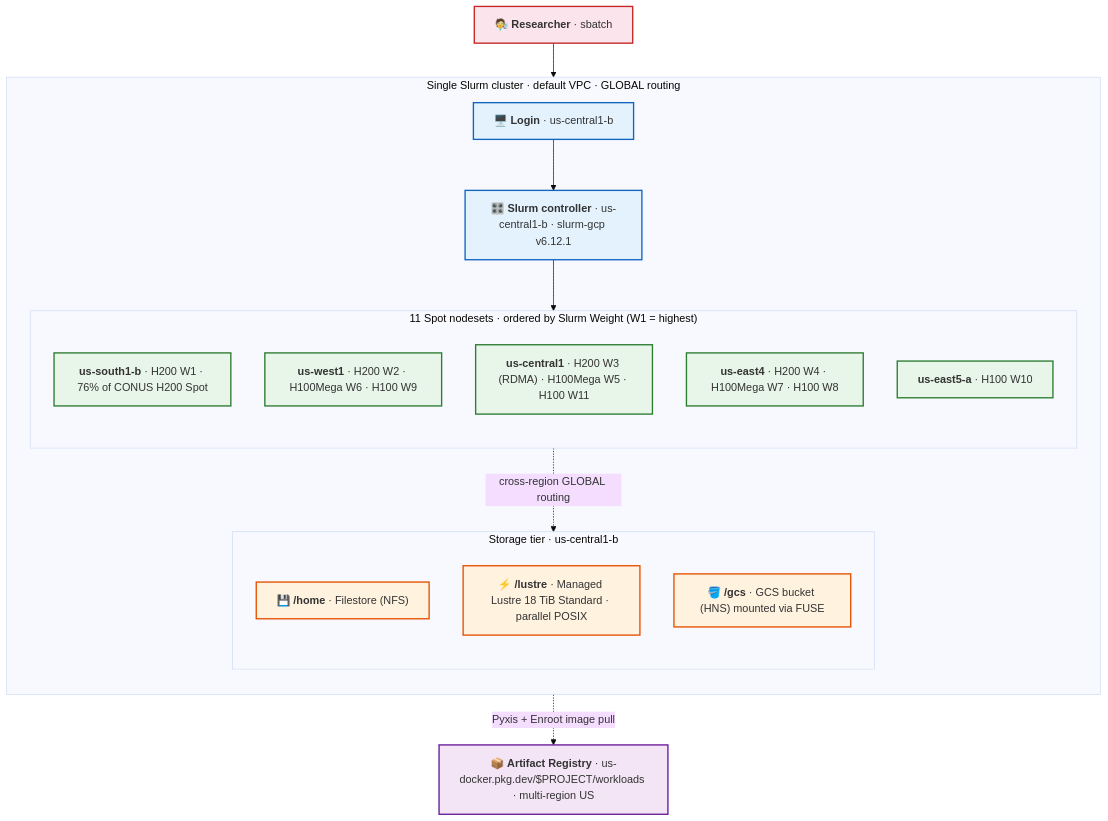
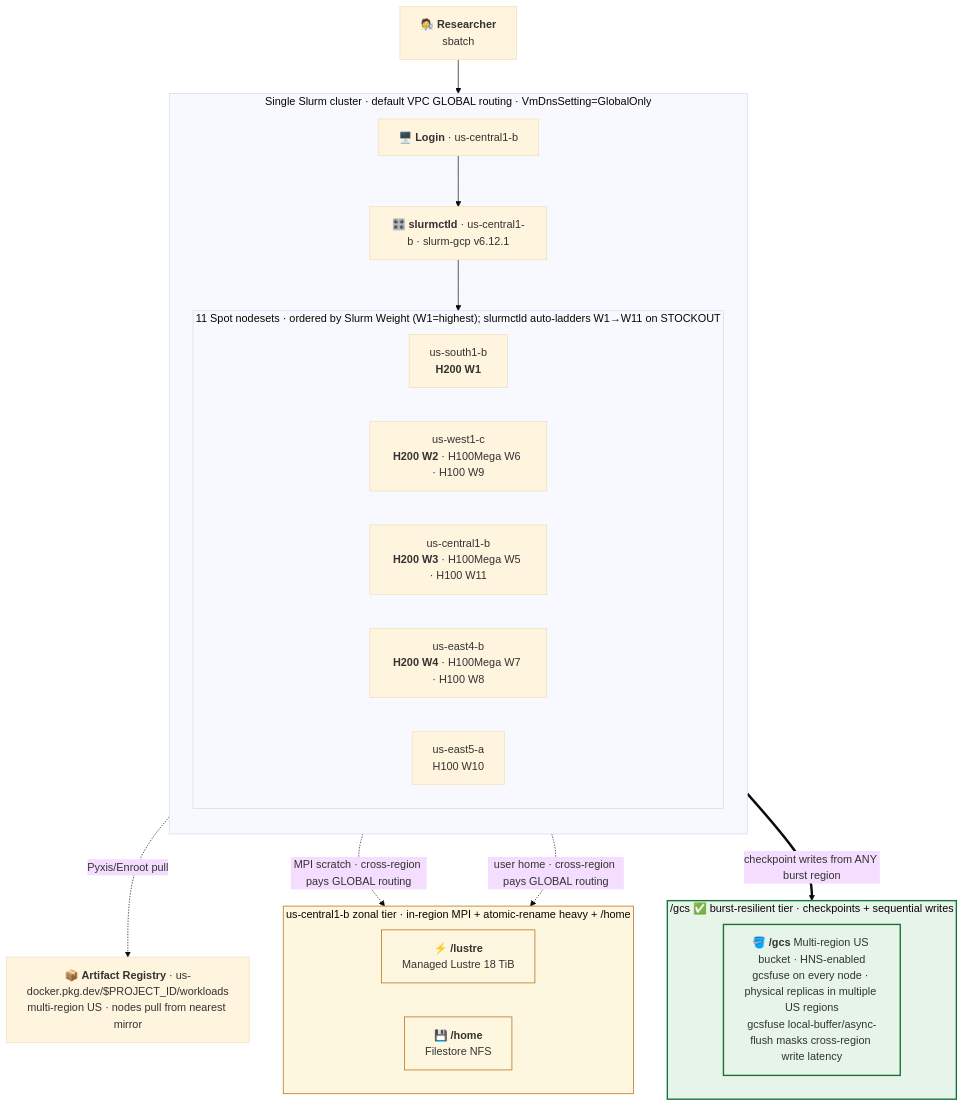
Before and after one commit to WandLZhang/slurm-multi-region-gpu-public: the diagram in README.md, drawn with Mermaid (base theme). The commit also changed other lines of this file and 23 other files, not shown here.

First line of the commit message:
Sync from upstream: parameterized project knob, nanoGPT+inference workloads, GCS vs Lustre benchmark, P0 fixes

````diff
--- a/README.md
+++ b/README.md
@@ -14,48 +21,44 @@
 ```mermaid
 flowchart TB
-    User["🧑‍🔬 <b>Researcher</b> · sbatch"]
+    User["🧑‍🔬 <b>Researcher</b><br/>sbatch"]
 
-    subgraph Cluster["Single Slurm cluster · default VPC · GLOBAL routing"]
-        direction TB
-        Login["🖥️ <b>Login</b> · us-central1-b"]
-        Ctrl["🎛️ <b>Slurm controller</b> · us-central1-b · slurm-gcp v6.12.1"]
+    subgraph Cluster["Single Slurm cluster · default VPC GLOBAL routing · VmDnsSetting=GlobalOnly"]
+      direction TB
+      Login["🖥️ <b>Login</b> · us-central1-b"]
+      Ctrl["🎛️ <b>slurmctld</b> · us-central1-b · slurm-gcp v6.12.1"]
 
-        subgraph Nodesets["11 Spot nodesets · ordered by Slurm Weight (W1 = highest)"]
-            direction TB
-            SN["<b>us-south1-b</b> · H200 W1 · 76% of CONUS H200 Spot"]
-            WN["<b>us-west1</b> · H200 W2 · H100Mega W6 · H100 W9"]
-            CN["<b>us-central1</b> · H200 W3 (RDMA) · H100Mega W5 · H100 W11"]
-            E4N["<b>us-east4</b> · H200 W4 · H100Mega W7 · H100 W8"]
-            E5N["<b>us-east5-a</b> · H100 W10"]
-        end
-
-        subgraph Storage["Storage tier · us-central1-b"]
-            direction TB
-            FS["💾 <b>/home</b> · Filestore (NFS)"]
-            Lustre["⚡ <b>/lustre</b> · Managed Lustre 18 TiB Standard · parallel POSIX"]
-            GCSm["🪣 <b>/gcs</b> · GCS bucket (HNS) mounted via FUSE"]
-        end
-
-        Login --> Ctrl
-        Ctrl --> Nodesets
-        Nodesets -.cross-region GLOBAL routing.-> Storage
+      subgraph Nodesets["11 Spot nodesets · ordered by Slurm Weight (W1=highest); slurmctld auto-ladders W1→W11 on STOCKOUT"]
+        direction LR
+        SN["us-south1-b<br/><b>H200 W1</b>"]
+        WN["us-west1-c<br/><b>H200 W2</b> · H100Mega W6 · H100 W9"]
+        CN["us-central1-b<br/><b>H200 W3</b> · H100Mega W5 · H100 W11"]
+        E4N["us-east4-b<br/><b>H200 W4</b> · H100Mega W7 · H100 W8"]
+        E5N["us-east5-a<br/>H100 W10"]
+      end
     end
 
-    GAR["📦 <b>Artifact Registry</b> · us-docker.pkg.dev/$PROJECT/workloads · multi-region US"]
+    subgraph BurstStorage["/gcs ✅ burst-resilient tier · checkpoints + sequential writes"]
+      direction LR
+      GCS["🪣 <b>/gcs</b> Multi-region US bucket · HNS-enabled<br/>gcsfuse on every node · physical replicas in multiple US regions<br/>gcsfuse local-buffer/async-flush masks cross-region write latency"]
+    end
 
-    User --> Login
-    Nodesets -.Pyxis + Enroot image pull.-> GAR
+    subgraph ZonalStorage["us-central1-b zonal tier · in-region MPI + atomic-rename heavy + /home"]
+      direction LR
+      Lustre["⚡ <b>/lustre</b><br/>Managed Lustre 18 TiB"]
+      Home["💾 <b>/home</b><br/>Filestore NFS"]
+    end
 
-    style User fill:#fce4ec,stroke:#c62828,stroke-width:2px
-    style Login fill:#e3f2fd,stroke:#1565c0,stroke-width:2px
-    style Ctrl fill:#e3f2fd,stroke:#1565c0,stroke-width:2px
-    style FS fill:#fff3e0,stroke:#e65100,stroke-width:2px
-    style Lustre fill:#fff3e0,stroke:#e65100,stroke-width:2px
-    style GCSm fill:#fff3e0,stroke:#e65100,stroke-width:2px
-    style SN fill:#e8f5e9,stroke:#2e7d32,stroke-width:2px
-    style WN fill:#e8f5e9,stroke:#2e7d32,stroke-width:2px
-    style CN fill:#e8f5e9,stroke:#2e7d32,stroke-width:2px
-    style E4N fill:#e8f5e9,stroke:#2e7d32,stroke-width:2px
-    style E5N fill:#e8f5e9,stroke:#2e7d32,stroke-width:2px
-    style GAR fill:#f3e5f5,stroke:#6a1b9a,stroke-width:2px
+    GAR["📦 <b>Artifact Registry</b> · us-docker.pkg.dev/$PROJECT_ID/workloads<br/>multi-region US · nodes pull from nearest mirror"]
+
+    User --> Login --> Ctrl --> Nodesets
+
+    Nodesets -.Pyxis/Enroot pull.-> GAR
+    Nodesets ==>|"checkpoint writes from ANY burst region"| GCS
+    Nodesets -.MPI scratch · cross-region pays GLOBAL routing.-> Lustre
+    Nodesets -.user home · cross-region pays GLOBAL routing.-> Home
+
+    classDef burst fill:#e6f4ea,stroke:#137333,stroke-width:2px
+    classDef zonal fill:#fef7e0,stroke:#b06000,stroke-width:1px
+    class BurstStorage,GCS burst
+    class ZonalStorage,Lustre,Home zonal
 ```
````
